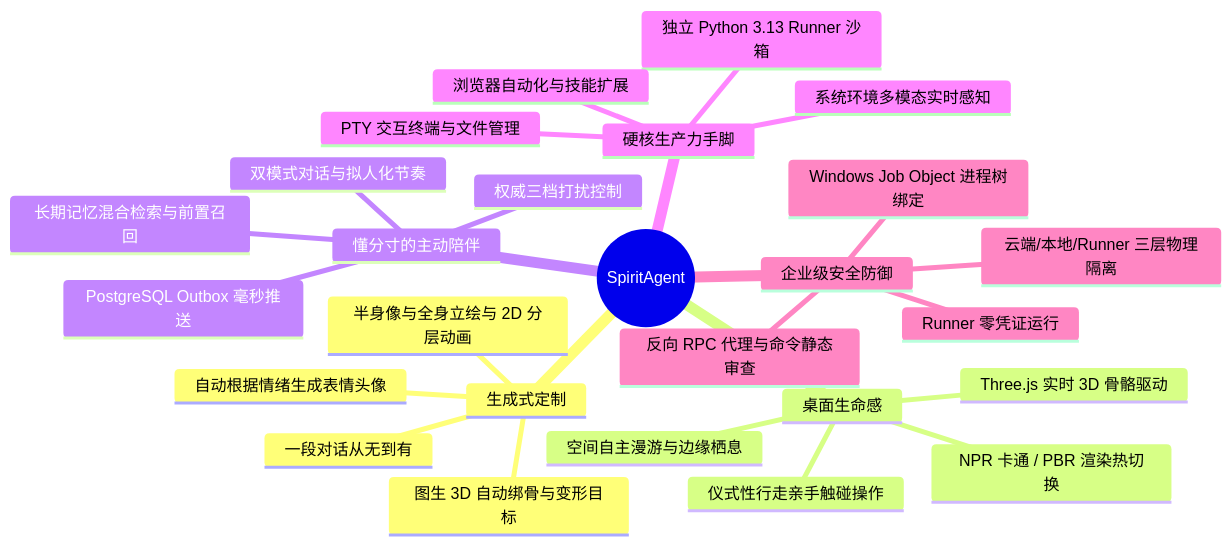
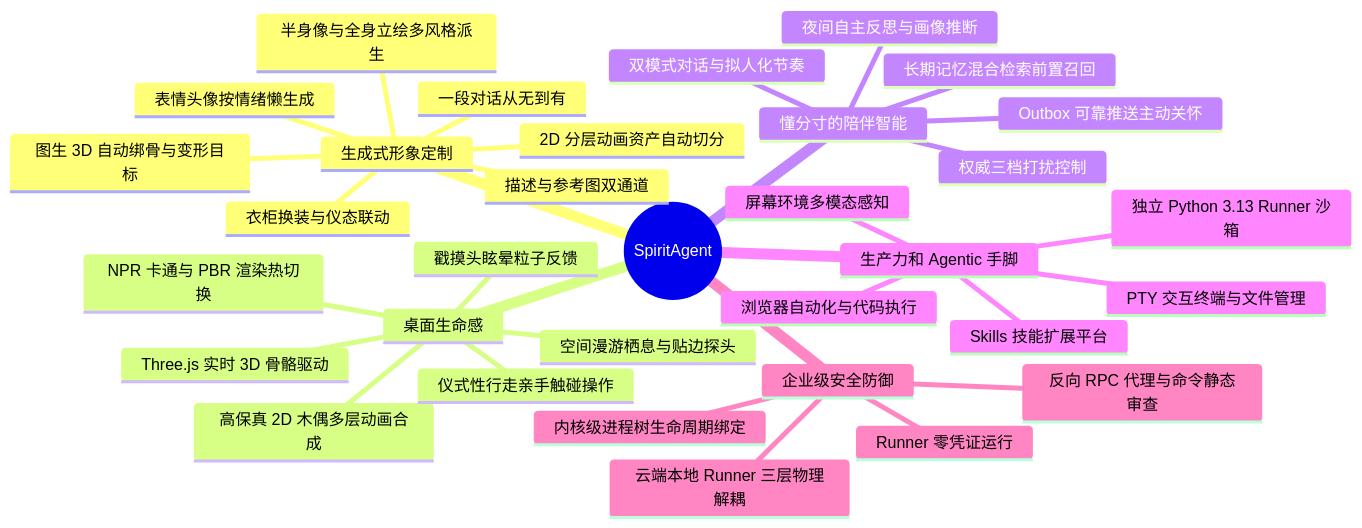
Before and after one commit to yangjinming1062/DeskAgent: the diagram in README.md, drawn with Mermaid. The commit also changed other lines of this file and 3 other files, not shown here.

````diff
--- a/README.md
+++ b/README.md
@@ -33,29 +57,36 @@
 ```mermaid
 mindmap
   root((SpiritAgent))
-    生成式定制
+    生成式形象定制
       一段对话从无到有
-      半身像与全身立绘与 2D 分层动画
+      描述与参考图双通道
+      半身像与全身立绘多风格派生
+      2D 分层动画资产自动切分
       图生 3D 自动绑骨与变形目标
-      自动根据情绪生成表情头像
+      表情头像按情绪懒生成
+      衣柜换装与仪态联动
     桌面生命感
+      高保真 2D 木偶多层动画合成
       Three.js 实时 3D 骨骼驱动
-      NPR 卡通 / PBR 渲染热切换
-      空间自主漫游与边缘栖息
+      NPR 卡通与 PBR 渲染热切换
+      空间漫游栖息与贴边探头
       仪式性行走亲手触碰操作
-    懂分寸的主动陪伴
-      长期记忆混合检索与前置召回
-      PostgreSQL Outbox 毫秒推送
+      戳摸头眩晕粒子反馈
+    懂分寸的陪伴智能
+      长期记忆混合检索前置召回
+      夜间自主反思与画像推断
+      Outbox 可靠推送主动关怀
       权威三档打扰控制
       双模式对话与拟人化节奏
-    硬核生产力手脚
+    生产力和 Agentic 手脚
       独立 Python 3.13 Runner 沙箱
       PTY 交互终端与文件管理
-      浏览器自动化与技能扩展
-      系统环境多模态实时感知
+      浏览器自动化与代码执行
+      Skills 技能扩展平台
+      屏幕环境多模态感知
     企业级安全防御
-      云端/本地/Runner 三层物理隔离
+      云端本地 Runner 三层物理解耦
       Runner 零凭证运行
       反向 RPC 代理与命令静态审查
-      Windows Job Object 进程树绑定
+      内核级进程树生命周期绑定
 ```
````
